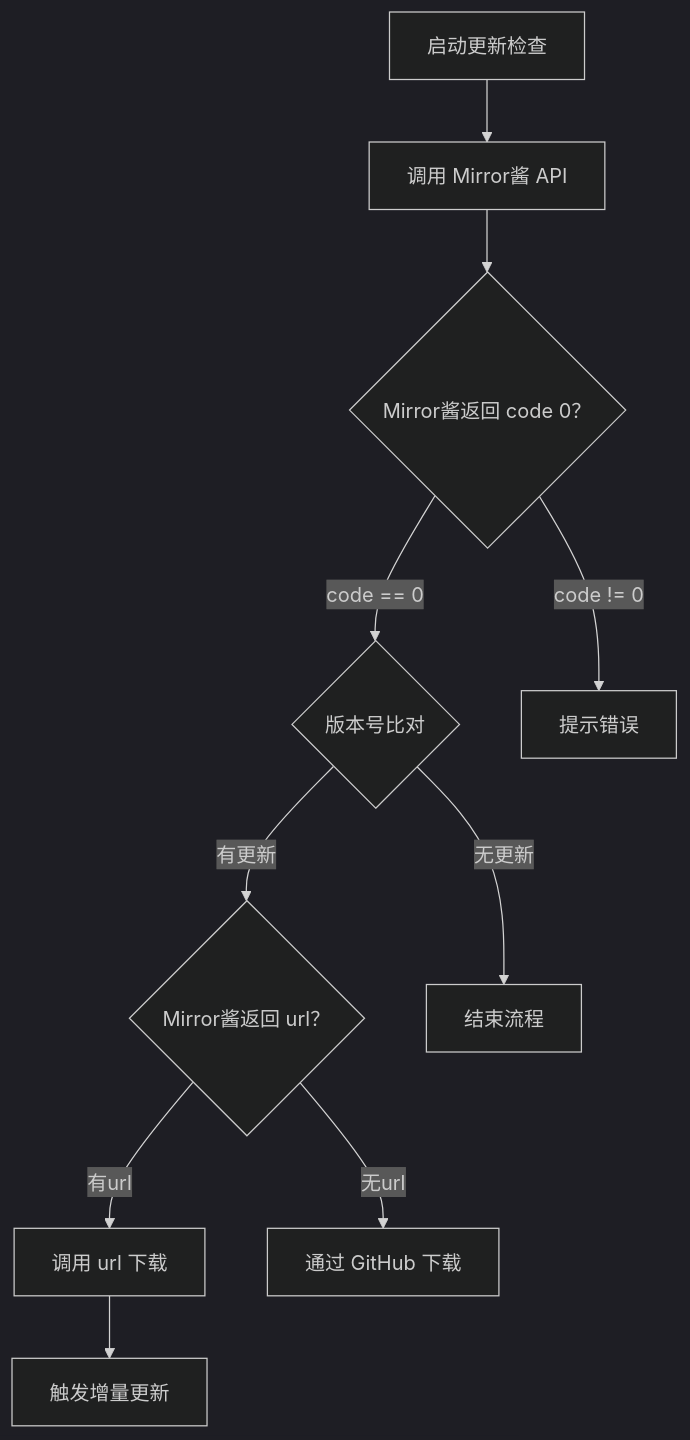
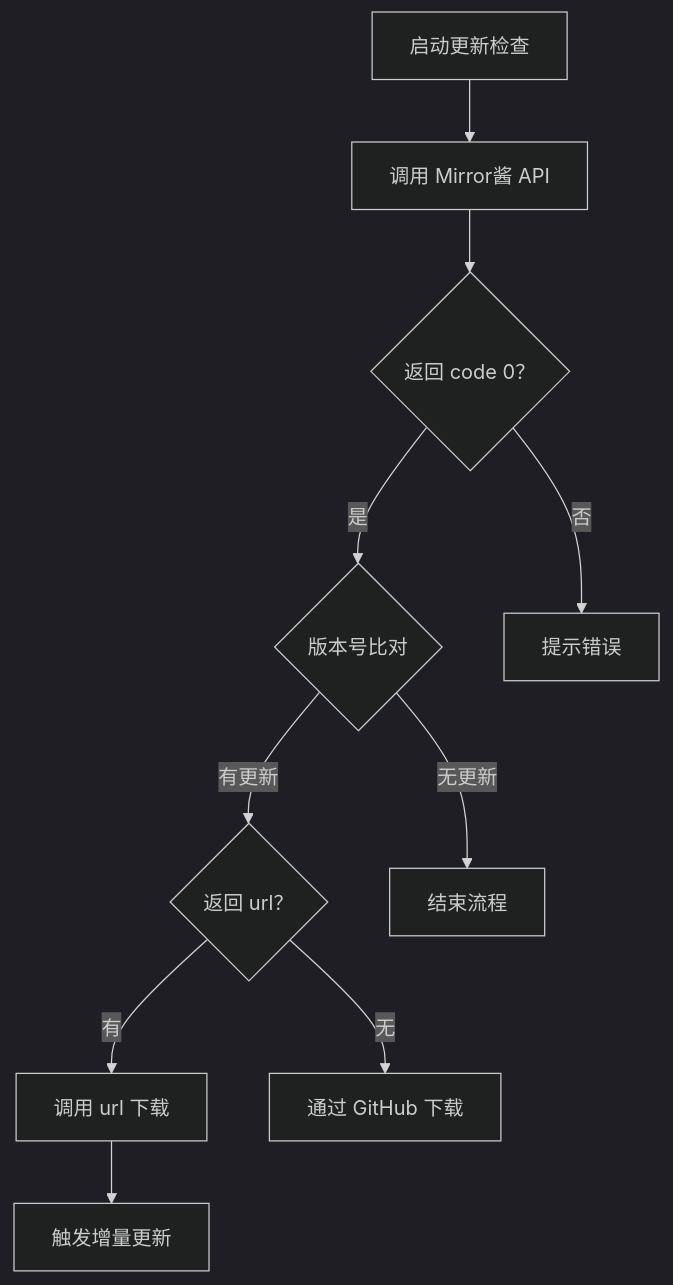
One commit to MirrorChyan/docs changed the diagram in README.md. Above: the diagram before and after it, drawn with Mermaid (dark theme).

Commit message:
docs: fix Mermaid diagram syntax error

````diff
--- a/README.md
+++ b/README.md
@@ -70,12 +70,12 @@
 ```mermaid
 graph TD
     A[启动更新检查] --> B[调用 Mirror酱 API]
-    B --> C{Mirror酱返回 code 0？}
-    C -->|code == 0| D{版本号比对}
-    C -->|code != 0| Y[提示错误]
-    D -->|有更新| F{Mirror酱返回 url？}
+    B --> C{返回 code 0？}
+    C -->|是| D{版本号比对}
+    C -->|否| Y[提示错误]
+    D -->|有更新| F{返回 url？}
     D -->|无更新| Z[结束流程]
-    F -->|有url| G[调用 url 下载]
-    F -->|无url| H[通过 GitHub 下载]
+    F -->|有| G[调用 url 下载]
+    F -->|无| H[通过 GitHub 下载]
     G --> I[触发增量更新]
 ```
````
